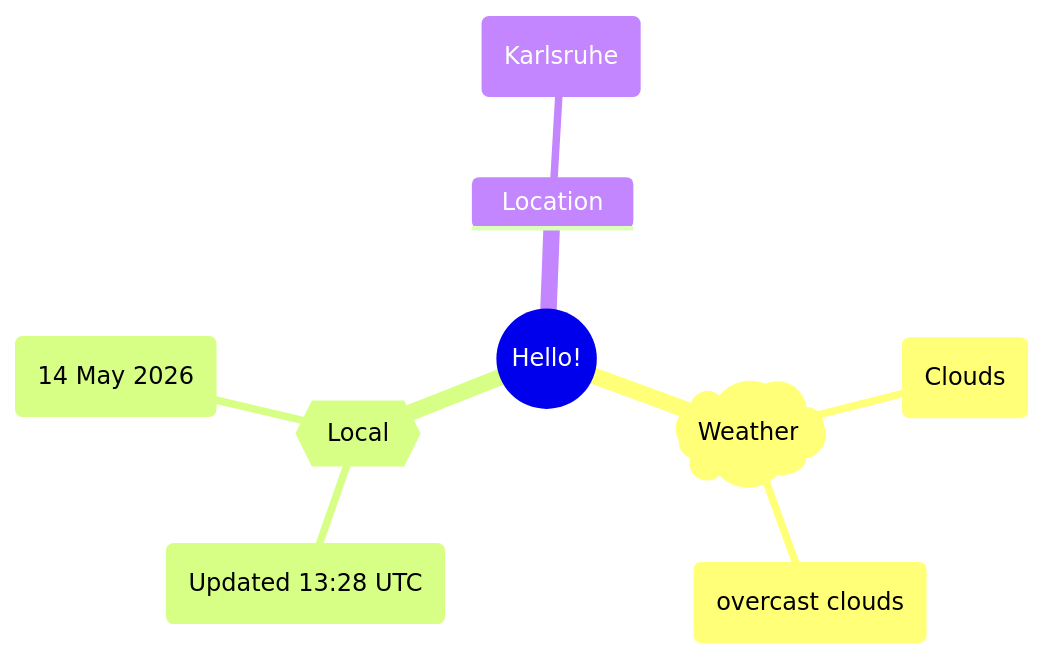
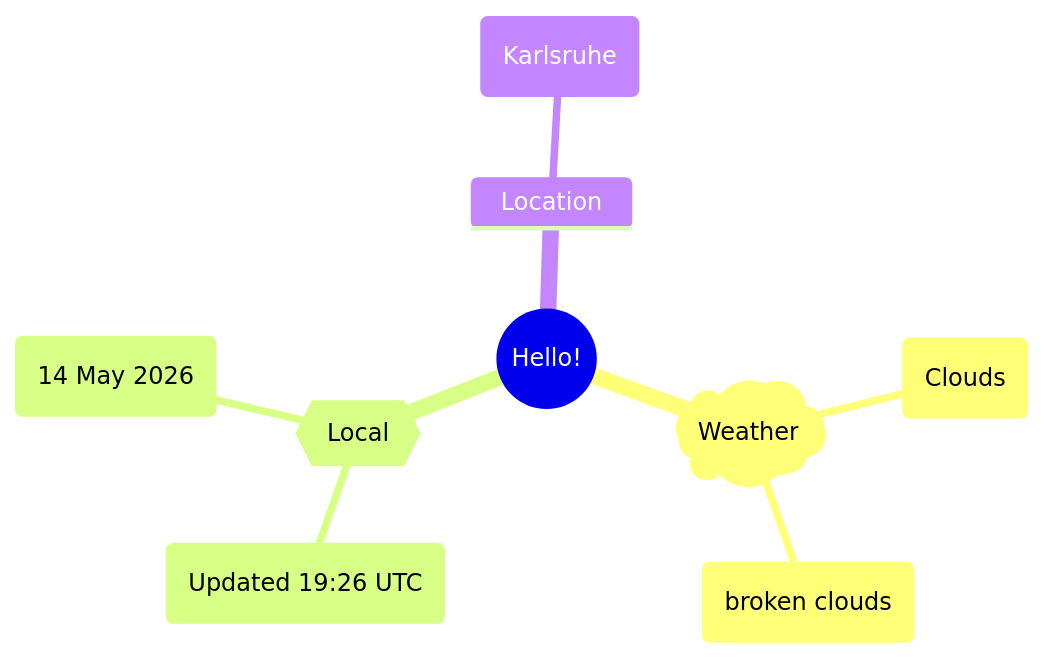
The first of 2 diagrams in README.md (Xosrov/Xosrov), drawn with Mermaid before and after one commit.

Commit message:
[bot] updated images

````diff
--- a/README.md
+++ b/README.md
@@ -3,12 +3,12 @@
 ```mermaid
 mindmap
   root((Hello!))
     )Weather(
         (Clouds)
-        (overcast clouds)
+        (broken clouds)
     {{Local}}
-        (Updated 13:28 UTC)
+        (Updated 19:26 UTC)
         (14 May 2026)
     Location
         (Karlsruhe)
 ```
````
